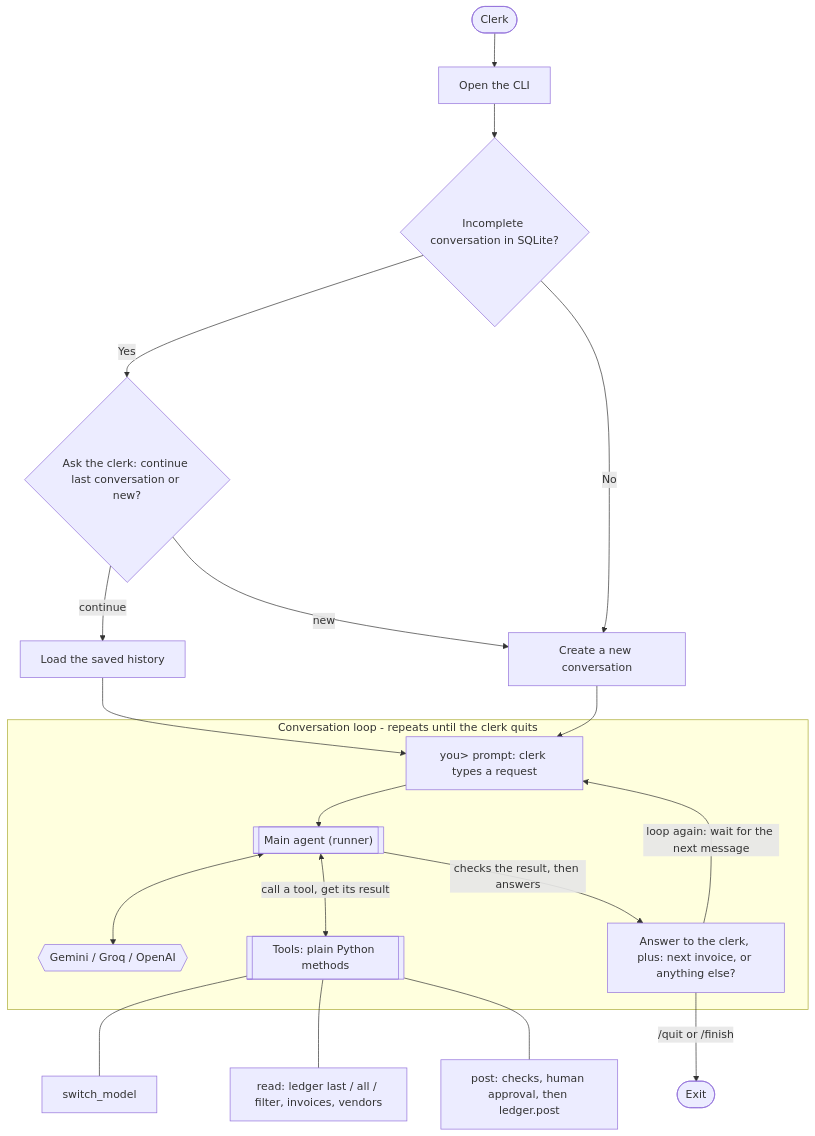
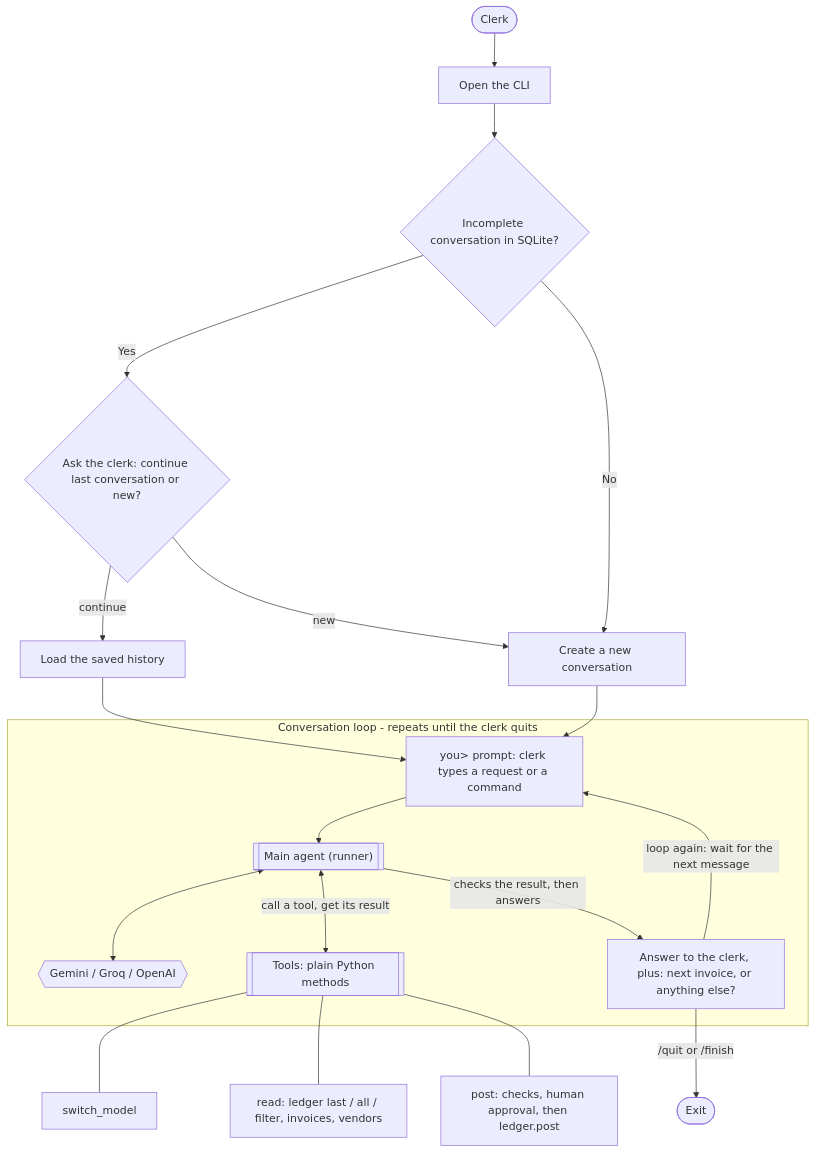
The first of 5 diagrams in FourX_Agent_Implementation_Plan.md (dixitbuild/fourX), drawn with Mermaid before and after one commit. The commit also changed other lines of this file and 6 other files, not shown here.

Commit message:
fix(tool): switch model tool

````diff
--- a/FourX_Agent_Implementation_Plan.md
+++ b/FourX_Agent_Implementation_Plan.md
@@ -105,24 +79,24 @@
 ```mermaid
 flowchart TD
     Clerk([Clerk]) --> Launch[Open the CLI]
     Launch --> Find{"Incomplete conversation in SQLite?"}
     Find -->|Yes| Ask{"Ask the clerk: continue last conversation or new?"}
     Ask -->|continue| Resume[Load the saved history]
     Ask -->|new| Create[Create a new conversation]
     Find -->|No| Create
     Resume --> Prompt
     Create --> Prompt
 
     subgraph Loop["Conversation loop - repeats until the clerk quits"]
-        Prompt["you> prompt: clerk types a request"] --> Agent[["Main agent (runner)"]]
+        Prompt["you> prompt: clerk types a request or a command"] --> Agent[["Main agent (runner)"]]
         Agent <--> Model{{Gemini / Groq / OpenAI}}
-        Agent <-->|"call a tool, get its result"| MCP[[Tools: plain Python methods]]
+        Agent <-->|"call a tool, get its result"| Tools[[Tools: plain Python methods]]
         Agent -->|"checks the result, then answers"| Answer["Answer to the clerk, plus: next invoice, or anything else?"]
         Answer -->|"loop again: wait for the next message"| Prompt
     end
 
-    MCP --- Switch["switch_model"]
-    MCP --- Read["read: ledger last / all / filter, invoices, vendors"]
-    MCP --- Post["post: checks, human approval, then ledger.post"]
+    Tools --- Switch["switch_model"]
+    Tools --- Read["read: ledger last / all / filter, invoices, vendors"]
+    Tools --- Post["post: checks, human approval, then ledger.post"]
     Answer -->|"/quit or /finish"| End([Exit])
 ```
````
